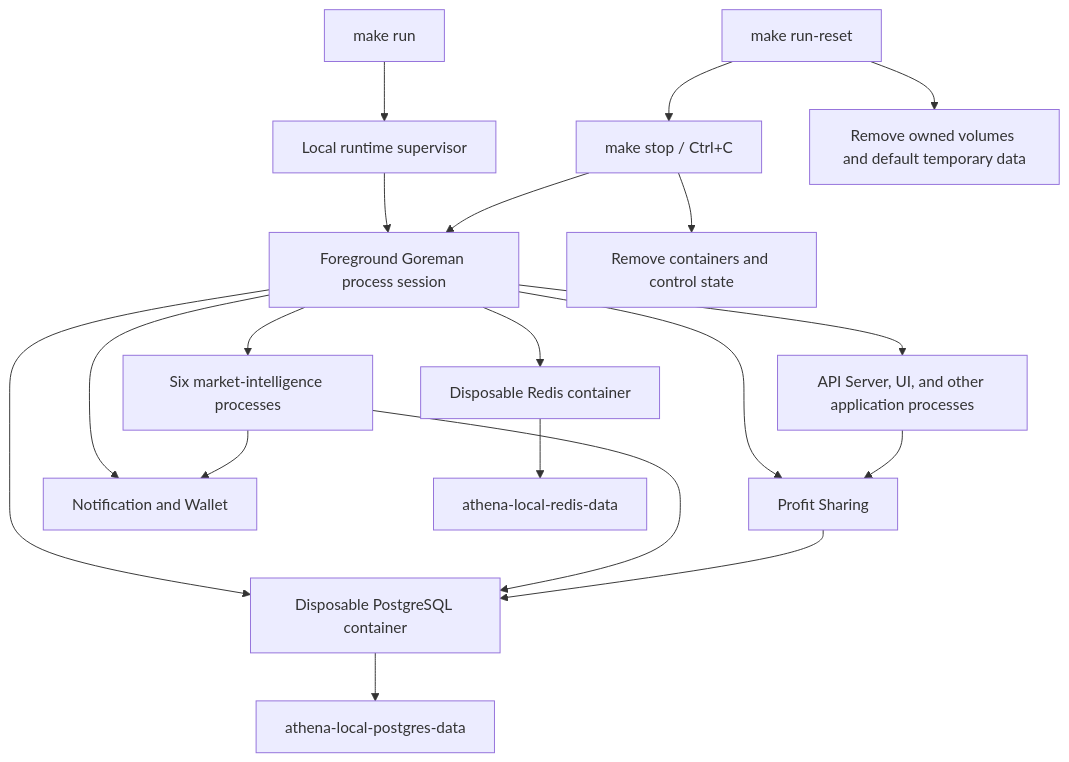
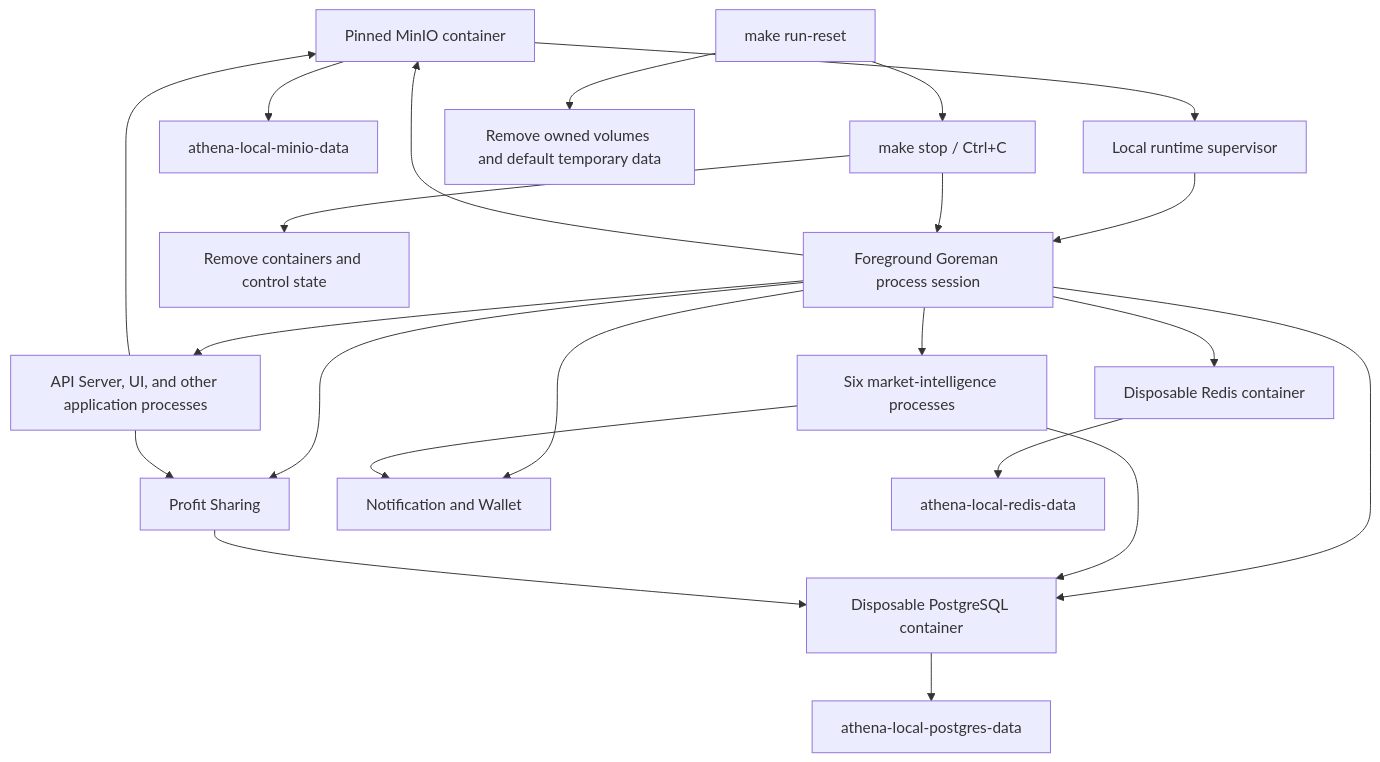
One commit to useryege/athena-o changed the diagram in docs/design/development-runtime/local-runtime-orchestration.md. Above: the diagram before and after it, drawn with Mermaid. The commit also changed other lines of this file and 72 other files, not shown here.

````diff
--- a/docs/design/development-runtime/local-runtime-orchestration.md
+++ b/docs/design/development-runtime/local-runtime-orchestration.md
@@ -36,21 +37,24 @@
 ```mermaid
 flowchart TD
     M["make run"] --> L["Local runtime supervisor"]
     L --> G["Foreground Goreman process session"]
     G --> C["Six market-intelligence processes"]
     G --> F["Profit Sharing"]
     G --> N["Notification and Wallet"]
     G --> A["API Server, UI, and other application processes"]
     G --> P["Disposable PostgreSQL container"]
     G --> R["Disposable Redis container"]
+    G --> M["Pinned MinIO container"]
     C --> P
     C --> N
     F --> P
     A --> F
+    A --> M
     P --> PV["athena-local-postgres-data"]
     R --> RV["athena-local-redis-data"]
+    M --> MV["athena-local-minio-data"]
     S["make stop / Ctrl+C"] --> G
     S --> X["Remove containers and control state"]
     Z["make run-reset"] --> S
     Z --> D["Remove owned volumes and default temporary data"]
 ```
````
